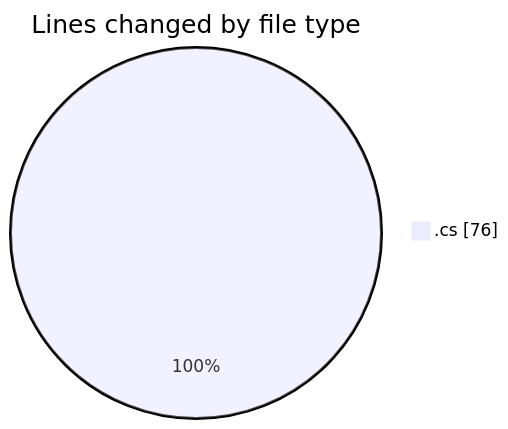
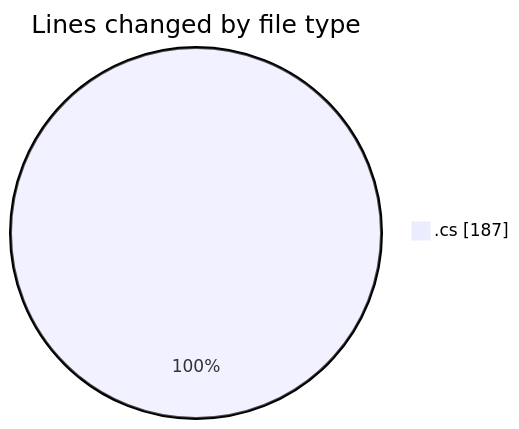
One commit to Netris89/code-tracking changed the first of 2 diagrams in 2025-10-26/skintrack/README.md. Above: the diagram before and after it, drawn with Mermaid. The commit also changed other lines of this file and 1 other file, not shown here.

````diff
--- a/2025-10-26/skintrack/README.md
+++ b/2025-10-26/skintrack/README.md
@@ -21,5 +25,5 @@
 ```mermaid
 pie showData
 title Lines changed by file type
-".cs" : 76
+".cs" : 187
 ```
````
